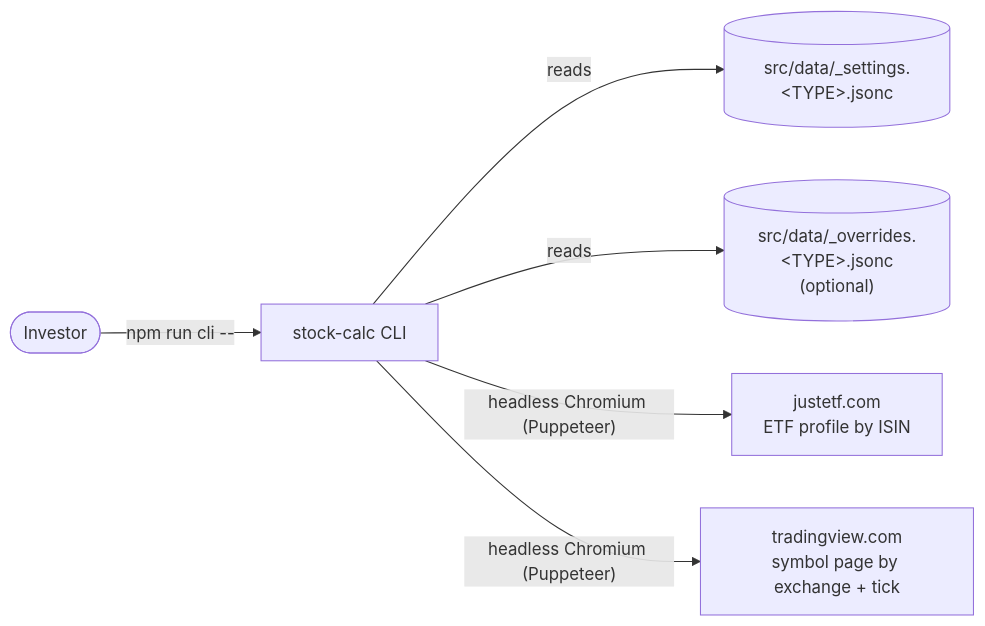
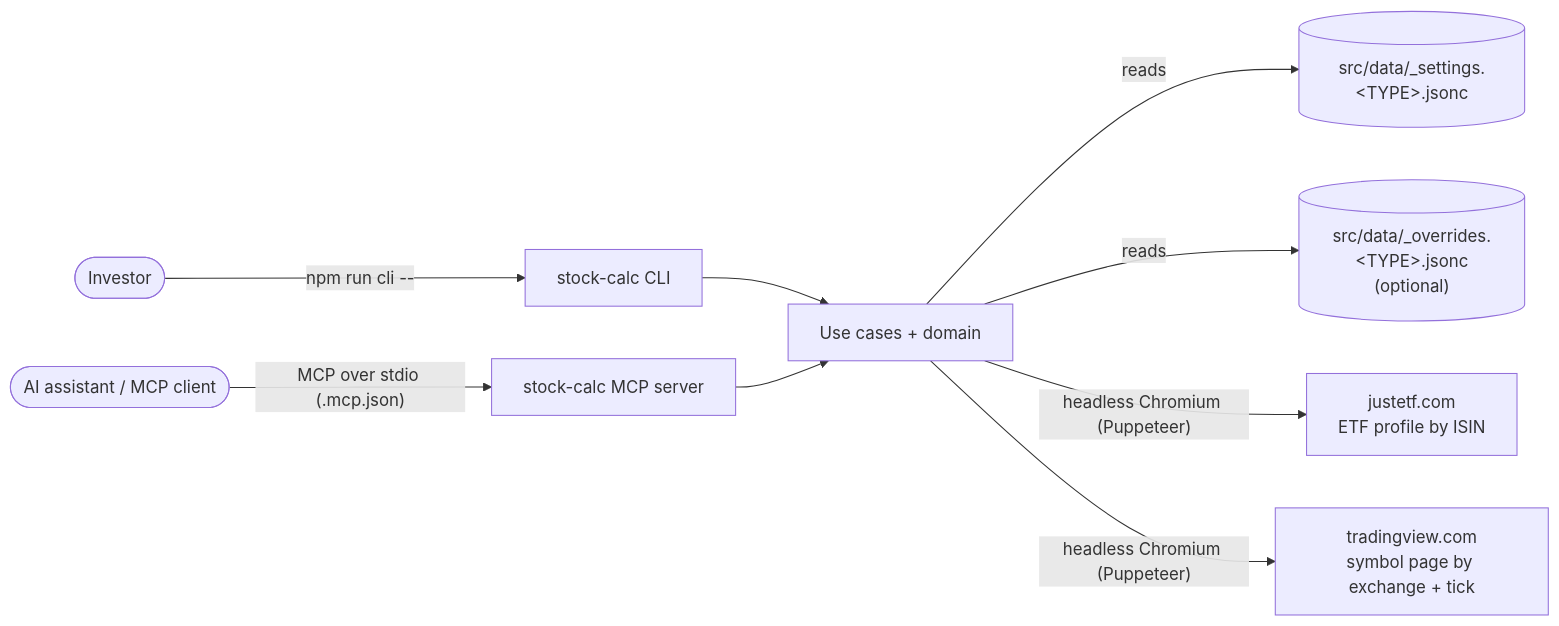
Before and after one commit to armaaar/stock-calc: the first of 3 diagrams in docs/architecture/overview.md, drawn with Mermaid. The commit also changed other lines of this file and 12 other files, not shown here.

Commit message:
docs: document upgrade, MCP server and tests

````diff
--- a/docs/architecture/overview.md
+++ b/docs/architecture/overview.md
@@ -11,8 +11,11 @@
 ```mermaid
 flowchart LR
   user([Investor]) -- "npm run cli -- <command>" --> cli[stock-calc CLI]
-  cli -- reads --> settings[("src/data/_settings.&lt;TYPE&gt;.jsonc")]
-  cli -- reads --> overrides[("src/data/_overrides.&lt;TYPE&gt;.jsonc<br/>(optional)")]
-  cli -- "headless Chromium (Puppeteer)" --> justetf[justetf.com<br/>ETF profile by ISIN]
-  cli -- "headless Chromium (Puppeteer)" --> tv[tradingview.com<br/>symbol page by exchange + tick]
+  assistant([AI assistant / MCP client]) -- "MCP over stdio (.mcp.json)" --> mcp[stock-calc MCP server]
+  cli --> core[Use cases + domain]
+  mcp --> core
+  core -- reads --> settings[("src/data/_settings.&lt;TYPE&gt;.jsonc")]
+  core -- reads --> overrides[("src/data/_overrides.&lt;TYPE&gt;.jsonc<br/>(optional)")]
+  core -- "headless Chromium (Puppeteer)" --> justetf[justetf.com<br/>ETF profile by ISIN]
+  core -- "headless Chromium (Puppeteer)" --> tv[tradingview.com<br/>symbol page by exchange + tick]
 ```
````
